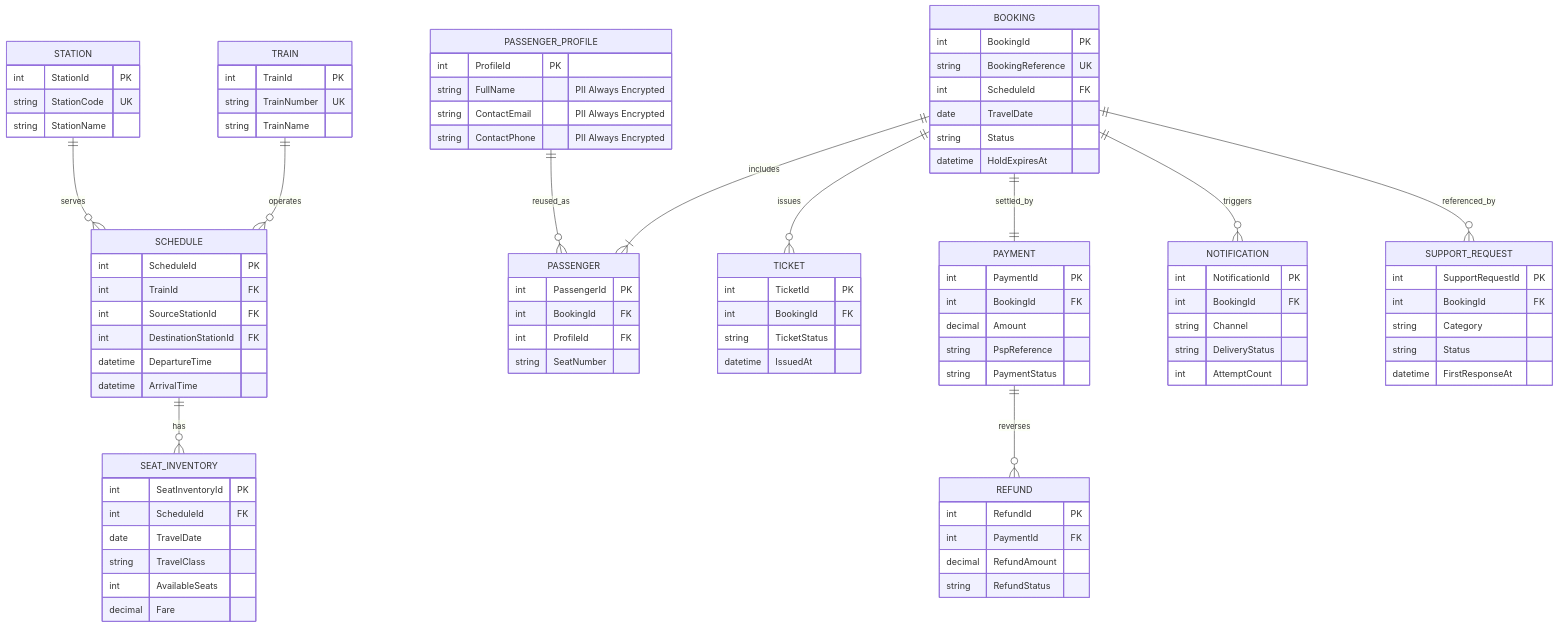
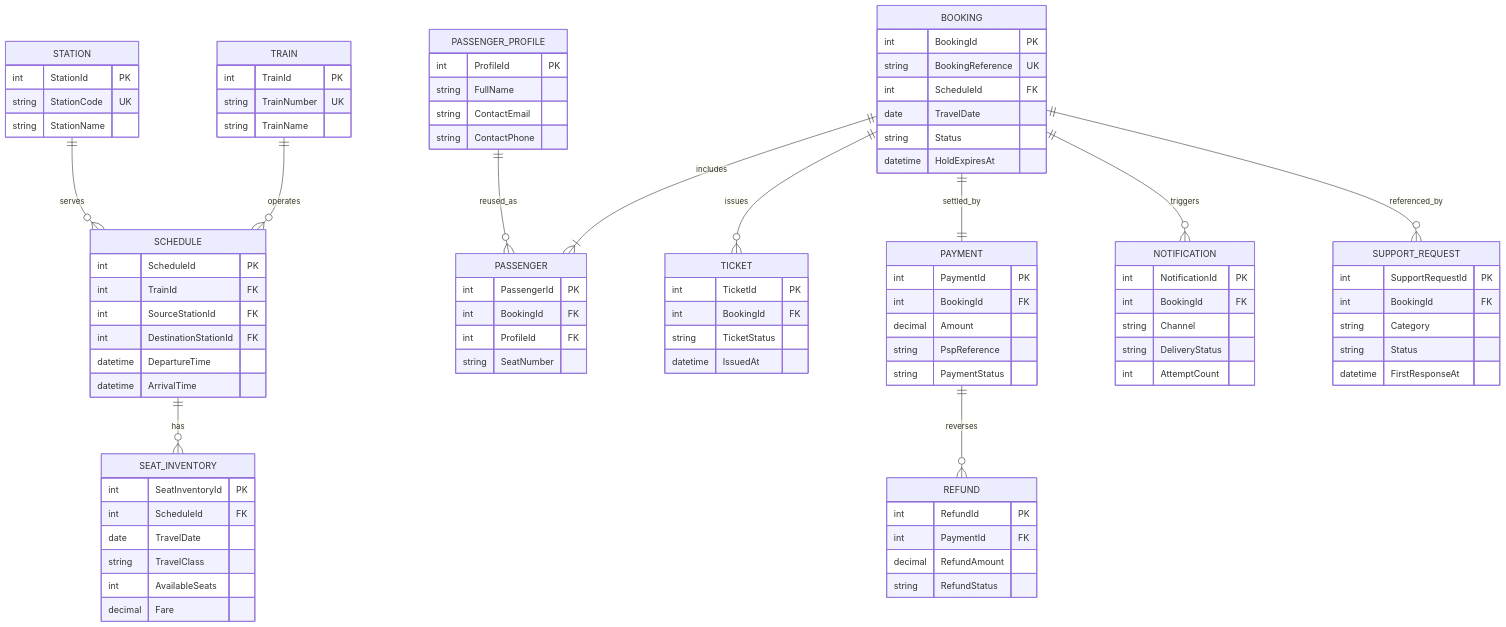
The diagram in docs/architecture/epic-2998/data-model.mmd (Mandeep-Kaur-Johar/sdlc-online-railway-ticketing-system), drawn with Mermaid before and after one commit.

Commit message:
docs: re-render data model diagram for Epic 2998

```diff
--- a/docs/architecture/epic-2998/data-model.mmd
+++ b/docs/architecture/epic-2998/data-model.mmd
@@ -1,90 +1,90 @@
 erDiagram
     STATION ||--o{ SCHEDULE : serves
     TRAIN ||--o{ SCHEDULE : operates
     SCHEDULE ||--o{ SEAT_INVENTORY : has
     PASSENGER_PROFILE ||--o{ PASSENGER : reused_as
     BOOKING ||--|{ PASSENGER : includes
     BOOKING ||--o{ TICKET : issues
     BOOKING ||--|| PAYMENT : settled_by
     PAYMENT ||--o{ REFUND : reverses
     BOOKING ||--o{ NOTIFICATION : triggers
     BOOKING ||--o{ SUPPORT_REQUEST : referenced_by
     STATION {
         int StationId PK
         string StationCode UK
         string StationName
     }
     TRAIN {
         int TrainId PK
         string TrainNumber UK
         string TrainName
     }
     SCHEDULE {
         int ScheduleId PK
         int TrainId FK
         int SourceStationId FK
         int DestinationStationId FK
         datetime DepartureTime
         datetime ArrivalTime
     }
     SEAT_INVENTORY {
         int SeatInventoryId PK
         int ScheduleId FK
         date TravelDate
         string TravelClass
         int AvailableSeats
         decimal Fare
     }
     PASSENGER_PROFILE {
         int ProfileId PK
-        string FullName "PII Always Encrypted"
-        string ContactEmail "PII Always Encrypted"
-        string ContactPhone "PII Always Encrypted"
+        string FullName
+        string ContactEmail
+        string ContactPhone
     }
     BOOKING {
         int BookingId PK
         string BookingReference UK
         int ScheduleId FK
         date TravelDate
         string Status
         datetime HoldExpiresAt
     }
     PASSENGER {
         int PassengerId PK
         int BookingId FK
         int ProfileId FK
         string SeatNumber
     }
     TICKET {
         int TicketId PK
         int BookingId FK
         string TicketStatus
         datetime IssuedAt
     }
     PAYMENT {
         int PaymentId PK
         int BookingId FK
         decimal Amount
         string PspReference
         string PaymentStatus
     }
     REFUND {
         int RefundId PK
         int PaymentId FK
         decimal RefundAmount
         string RefundStatus
     }
     NOTIFICATION {
         int NotificationId PK
         int BookingId FK
         string Channel
         string DeliveryStatus
         int AttemptCount
     }
     SUPPORT_REQUEST {
         int SupportRequestId PK
         int BookingId FK
         string Category
         string Status
         datetime FirstResponseAt
     }
```
